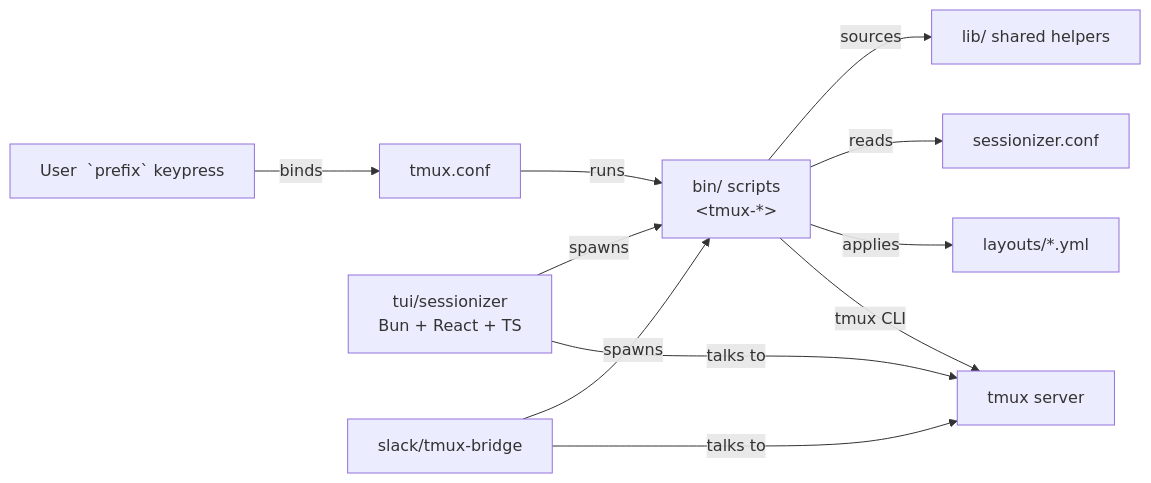
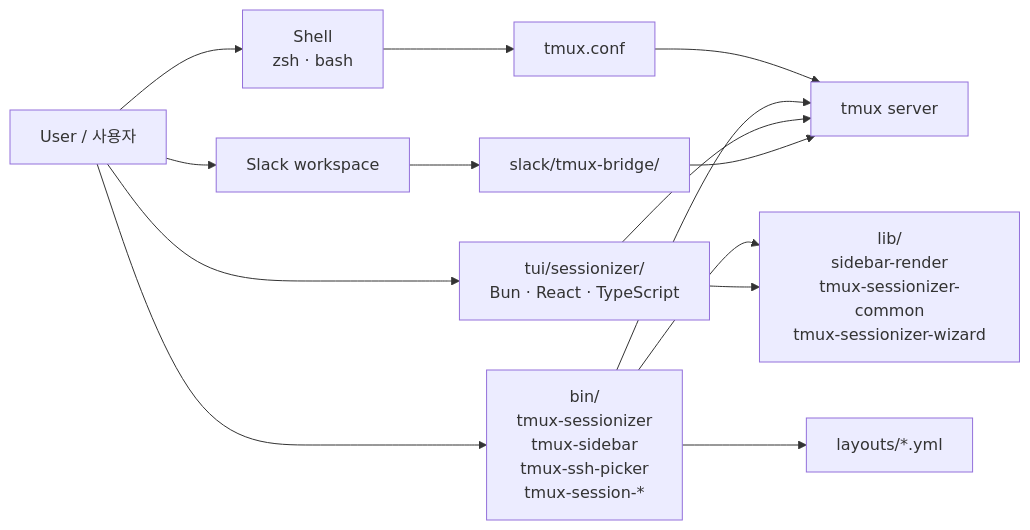
Before and after one commit to jclee941/tmux: the diagram in README.md, drawn with Mermaid. The commit also changed other lines of this file, not shown here.

````diff
--- a/README.md
+++ b/README.md
@@ -93,23 +65,16 @@
 ```mermaid
 flowchart LR
-    User["User &nbsp;`prefix`&nbsp;keypress"]
-    TmuxConf["tmux.conf"]
-    Bin["bin/ scripts<br/>&lt;tmux-*&gt;"]
-    Lib["lib/ shared helpers"]
-    Conf["sessionizer.conf"]
-    Layouts["layouts/*.yml"]
-    TUI["tui/sessionizer<br/>Bun + React + TS"]
-    Slack["slack/tmux-bridge"]
-    Tmux["tmux server"]
-
-    User -->|"binds"| TmuxConf
-    TmuxConf -->|"runs"| Bin
-    Bin -->|"sources"| Lib
-    Bin -->|"reads"| Conf
-    Bin -->|"applies"| Layouts
-    TUI -->|"spawns"| Bin
-    TUI -->|"talks to"| Tmux
-    Slack -->|"spawns"| Bin
-    Slack -->|"talks to"| Tmux
-    Bin -->|"tmux CLI"| Tmux
+    User["User / 사용자"] --> Shell["Shell<br/>zsh · bash"]
+    Shell --> Conf["tmux.conf"]
+    Conf --> Tmux["tmux server"]
+    User --> Bin["bin/<br/>tmux-sessionizer<br/>tmux-sidebar<br/>tmux-ssh-picker<br/>tmux-session-*"]
+    Bin --> Lib["lib/<br/>sidebar-render<br/>tmux-sessionizer-common<br/>tmux-sessionizer-wizard"]
+    Bin --> Layouts["layouts/*.yml"]
+    Bin --> Tmux
+    User --> TUI["tui/sessionizer/<br/>Bun · React · TypeScript"]
+    TUI --> Tmux
+    TUI --> Lib
+    User --> Slack["Slack workspace"]
+    Slack --> Bridge["slack/tmux-bridge/"]
+    Bridge --> Tmux
 ```
````
